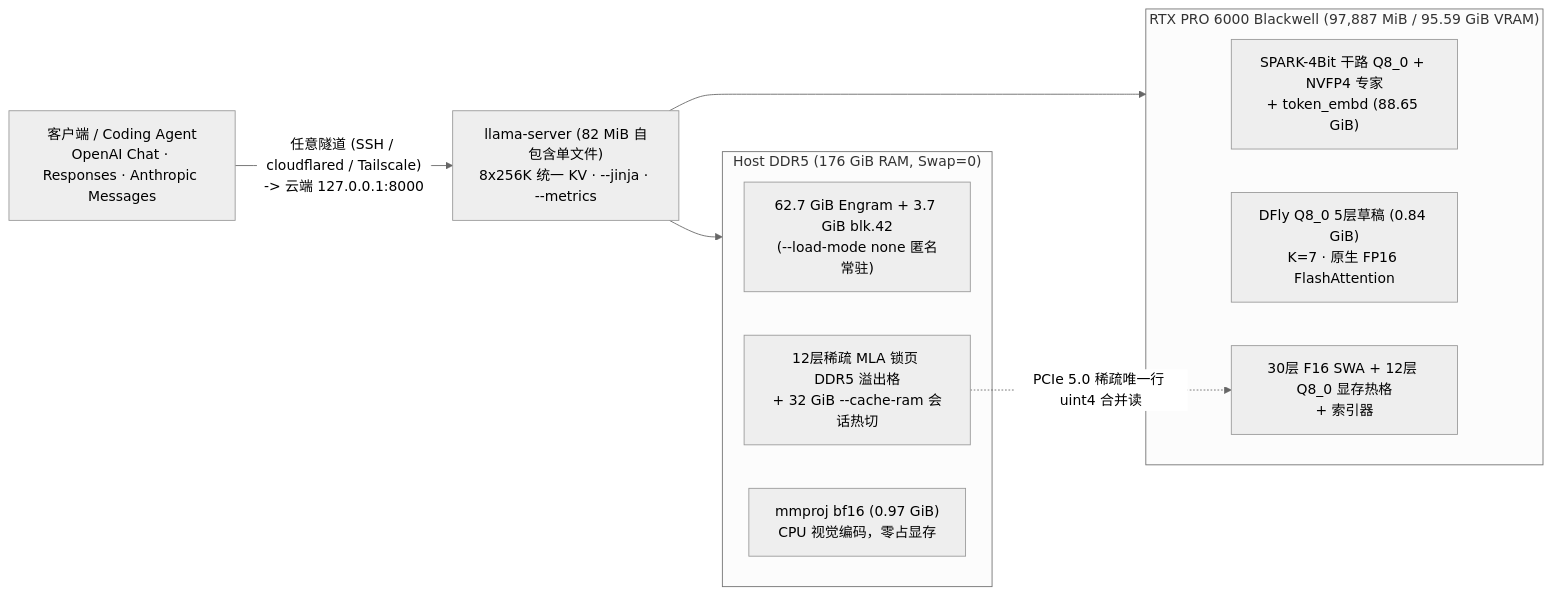
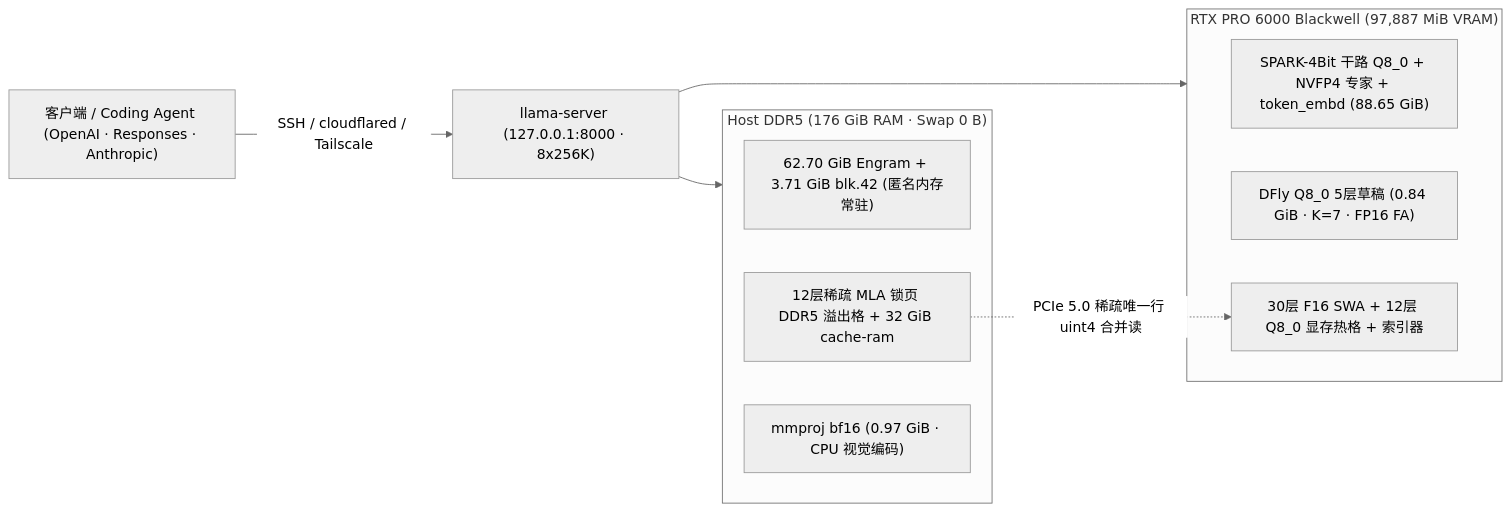
The diagram in README.md (MELODY-TOYS/hy4-flash-colab-g4), drawn with Mermaid (neutral theme) before and after one commit. The commit also changed other lines of this file and 3 other files, not shown here.

````diff
--- a/README.md
+++ b/README.md
@@ -40,17 +38,17 @@
 ```mermaid
 flowchart LR
-    Client["客户端 / Coding Agent\nOpenAI Chat · Responses · Anthropic Messages"] -->|"任意隧道 (SSH / cloudflared / Tailscale)\n-> 云端 127.0.0.1:8000"| Server["llama-server (82 MiB 自包含单文件)\n8x256K 统一 KV · --jinja · --metrics"]
-    subgraph GPU["RTX PRO 6000 Blackwell (97,887 MiB / 95.59 GiB VRAM)"]
-        Weights["SPARK-4Bit 干路 Q8_0 + NVFP4 专家\n+ token_embd (88.65 GiB)"]
-        Draft["DFly Q8_0 5层草稿 (0.84 GiB)\nK=7 · 原生 FP16 FlashAttention"]
-        KVHot["30层 F16 SWA + 12层 Q8_0 显存热格\n+ 索引器"]
+    Client["客户端 / Coding Agent (OpenAI · Responses · Anthropic)"] -->|"SSH / cloudflared / Tailscale"| Server["llama-server (127.0.0.1:8000 · 8x256K)"]
+    subgraph GPU["RTX PRO 6000 Blackwell (97,887 MiB VRAM)"]
+        Weights["SPARK-4Bit 干路 Q8_0 + NVFP4 专家 + token_embd (88.65 GiB)"]
+        Draft["DFly Q8_0 5层草稿 (0.84 GiB · K=7 · FP16 FA)"]
+        KVHot["30层 F16 SWA + 12层 Q8_0 显存热格 + 索引器"]
     end
-    subgraph RAM["Host DDR5 (176 GiB RAM, Swap=0)"]
-        Engram["62.7 GiB Engram + 3.7 GiB blk.42\n(--load-mode none 匿名常驻)"]
-        KVCold["12层稀疏 MLA 锁页 DDR5 溢出格\n+ 32 GiB --cache-ram 会话热切"]
-        Vision["mmproj bf16 (0.97 GiB)\nCPU 视觉编码，零占显存"]
+    subgraph RAM["Host DDR5 (176 GiB RAM · Swap 0 B)"]
+        Engram["62.70 GiB Engram + 3.71 GiB blk.42 (匿名内存常驻)"]
+        KVCold["12层稀疏 MLA 锁页 DDR5 溢出格 + 32 GiB cache-ram"]
+        Vision["mmproj bf16 (0.97 GiB · CPU 视觉编码)"]
     end
     Server --> GPU
     Server --> RAM
     KVCold -.->|"PCIe 5.0 稀疏唯一行 uint4 合并读"| KVHot
 ```
````
